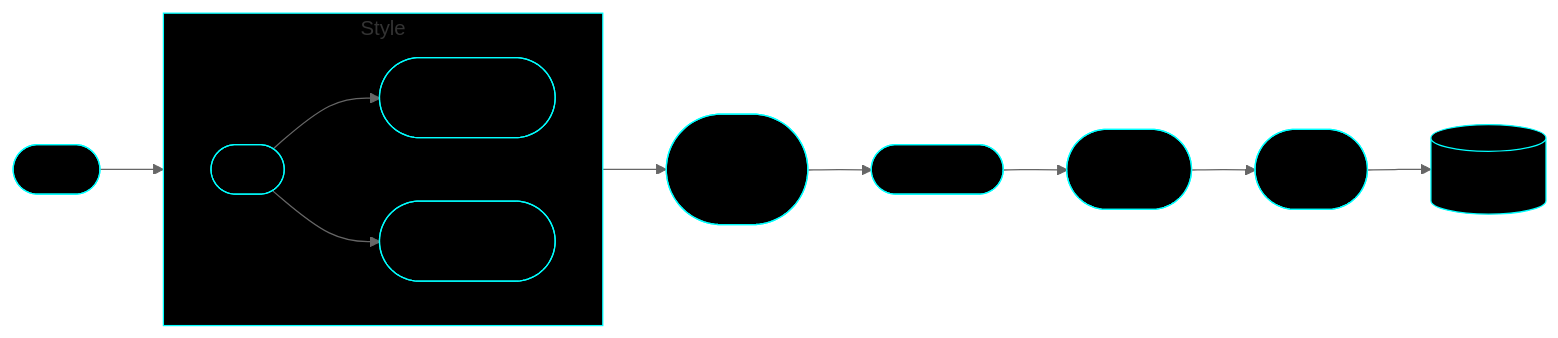
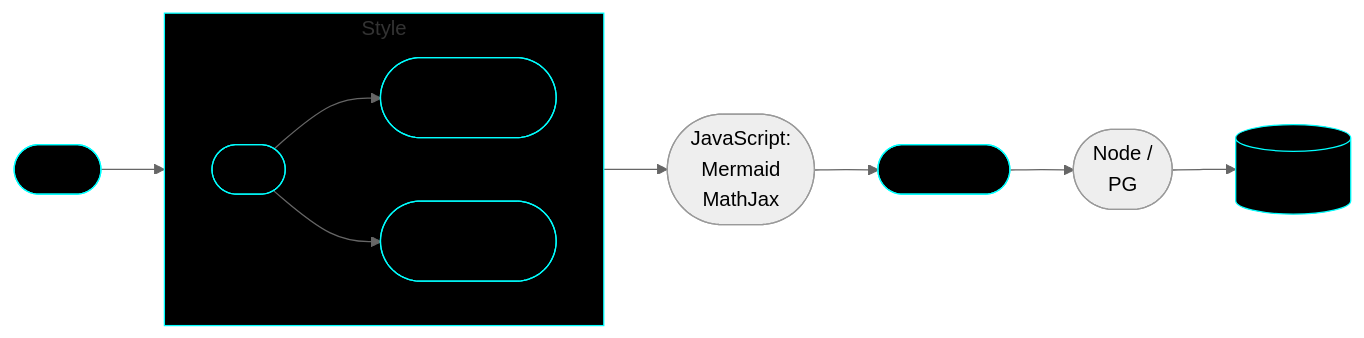
One commit to frankburgs/frankburgs changed the diagram in readme.md. Above: the diagram before and after it, drawn with Mermaid (neutral theme).

Commit message:
Changed tech stack flowchart

````diff
--- a/readme.md
+++ b/readme.md
@@ -35,16 +35,15 @@
 ``` mermaid
       flowchart LR;
       html([HTML]) --> Style;
       subgraph Style;
         direction LR;
         CSS([CSS]) --> Tailwind([Tailwind<br/>componentless]);
         CSS --> Bootstrap([Bootstrap<br/>w/ components]);
       end;
-      Style --> Mermaid([Mermaid<br/>MathJax<br/>JavaScript]);
-      Mermaid --> gh([Git/ GitHub]);
-      gh --> React([React<br/>thru NPM]);
-      React --> Node([Node /<br/>Express]);
-      Node --> sql[(Postgresql)];
+      Style --> mermaid([JavaScript:<br/>Mermaid<br/>MathJax]);
+      mermaid --> gh([Git/ GitHub]);
+      gh --> node([Node /<br/>PG]);
+      node --> sql[(Postgresql)];
       class html,Mermaid,gh,React,Node,sql,Style,CSS,Tailwind,Bootstrap cssClass;
       classDef cssClass fill:black,stroke:aqua;
 ```
````
